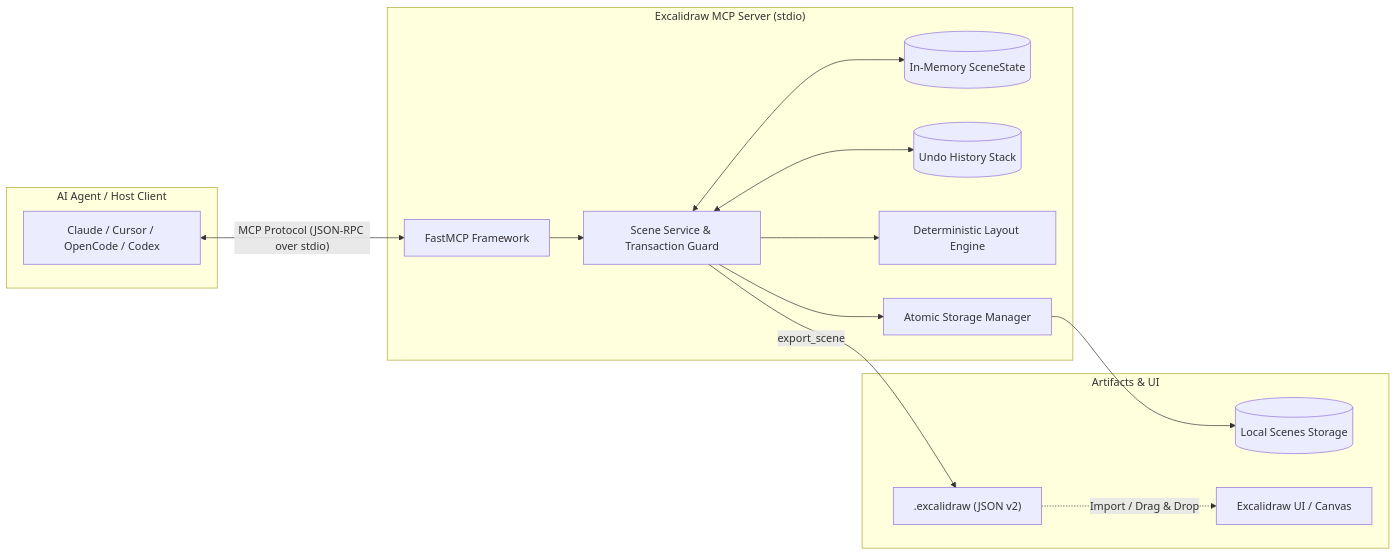
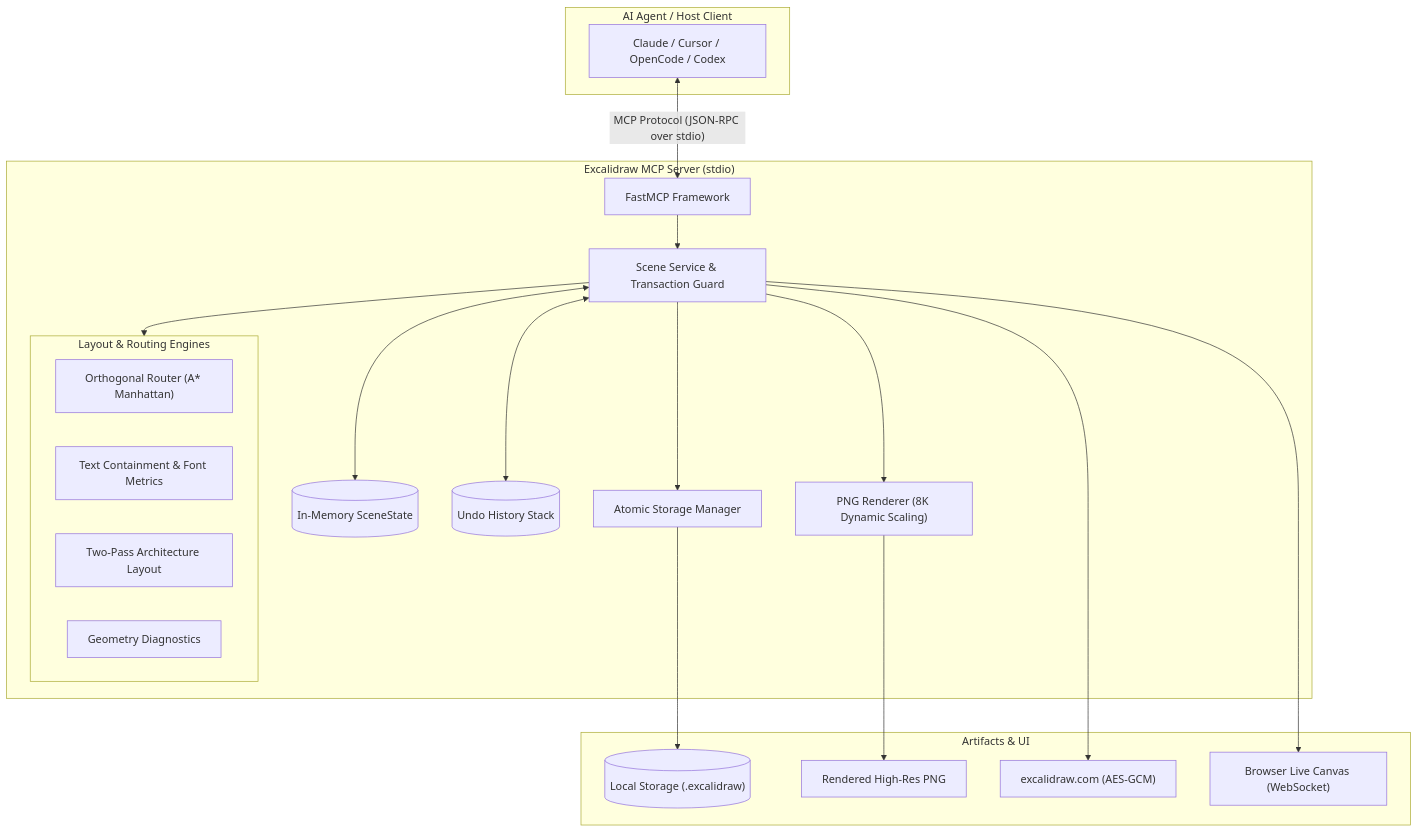
Before and after one commit to AniruthKarthik/excalidraw-mcp: the diagram in README.md, drawn with Mermaid. The commit also changed other lines of this file and 1 other file, not shown here.

First line of the commit message:
docs(readme): expand feature highlights and update architecture docs

````diff
--- a/README.md
+++ b/README.md
@@ -33,31 +39,42 @@
 ```mermaid
-flowchart LR
+flowchart TD
     subgraph Agent["AI Agent / Host Client"]
-        Client[Claude / Cursor / OpenCode / Codex]
+        Client["Claude / Cursor / OpenCode / Codex"]
     end
 
     subgraph Server["Excalidraw MCP Server (stdio)"]
-        FastMCP[FastMCP Framework]
-        Service[Scene Service & Transaction Guard]
-        State[(In-Memory SceneState)]
-        History[(Undo History Stack)]
-        Layout[Deterministic Layout Engine]
-        Storage[Atomic Storage Manager]
+        FastMCP["FastMCP Framework"]
+        Service["Scene Service & Transaction Guard"]
+        State[("In-Memory SceneState")]
+        History[("Undo History Stack")]
+        
+        subgraph LayoutEngines["Layout & Routing Engines"]
+            Router["Orthogonal Router (A* Manhattan)"]
+            Containment["Text Containment & Font Metrics"]
+            AutoLayout["Two-Pass Architecture Layout"]
+            Diagnostics["Geometry Diagnostics"]
+        end
+        
+        Renderer["PNG Renderer (8K Dynamic Scaling)"]
+        Storage["Atomic Storage Manager"]
     end
 
     subgraph Output["Artifacts & UI"]
-        Disk[(Local Scenes Storage)]
-        ExcalidrawFile[".excalidraw (JSON v2)"]
-        Canvas["Excalidraw UI / Canvas"]
+        Disk[("Local Storage (.excalidraw)")]
+        PNG["Rendered High-Res PNG"]
+        WebShare["excalidraw.com (AES-GCM)"]
+        LiveCanvas["Browser Live Canvas (WebSocket)"]
     end
 
     Client <-->|"MCP Protocol (JSON-RPC over stdio)"| FastMCP
     FastMCP --> Service
     Service <--> State
     Service <--> History
-    Service --> Layout
+    Service --> LayoutEngines
+    Service --> Renderer
     Service --> Storage
     Storage --> Disk
-    Service -->|"export_scene"| ExcalidrawFile
-    ExcalidrawFile -.->|"Import / Drag & Drop"| Canvas
+    Renderer --> PNG
+    Service --> WebShare
+    Service --> LiveCanvas
 ```
````
